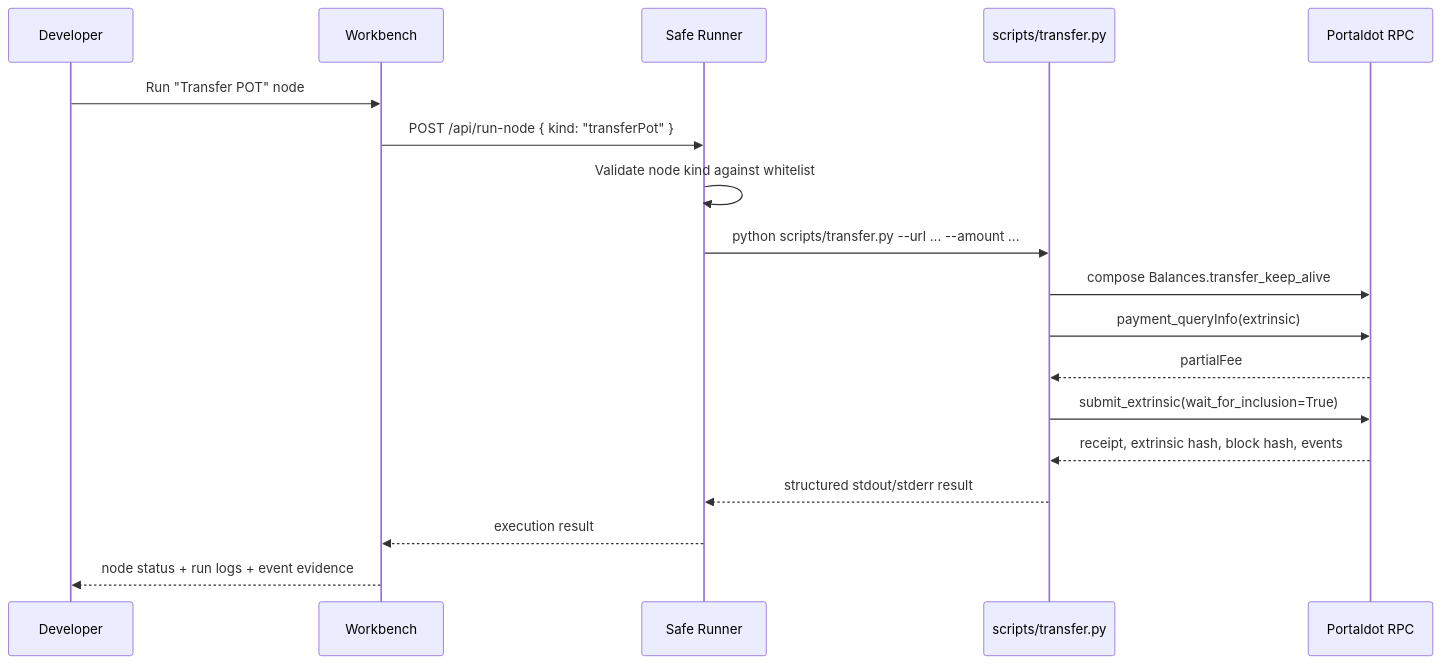
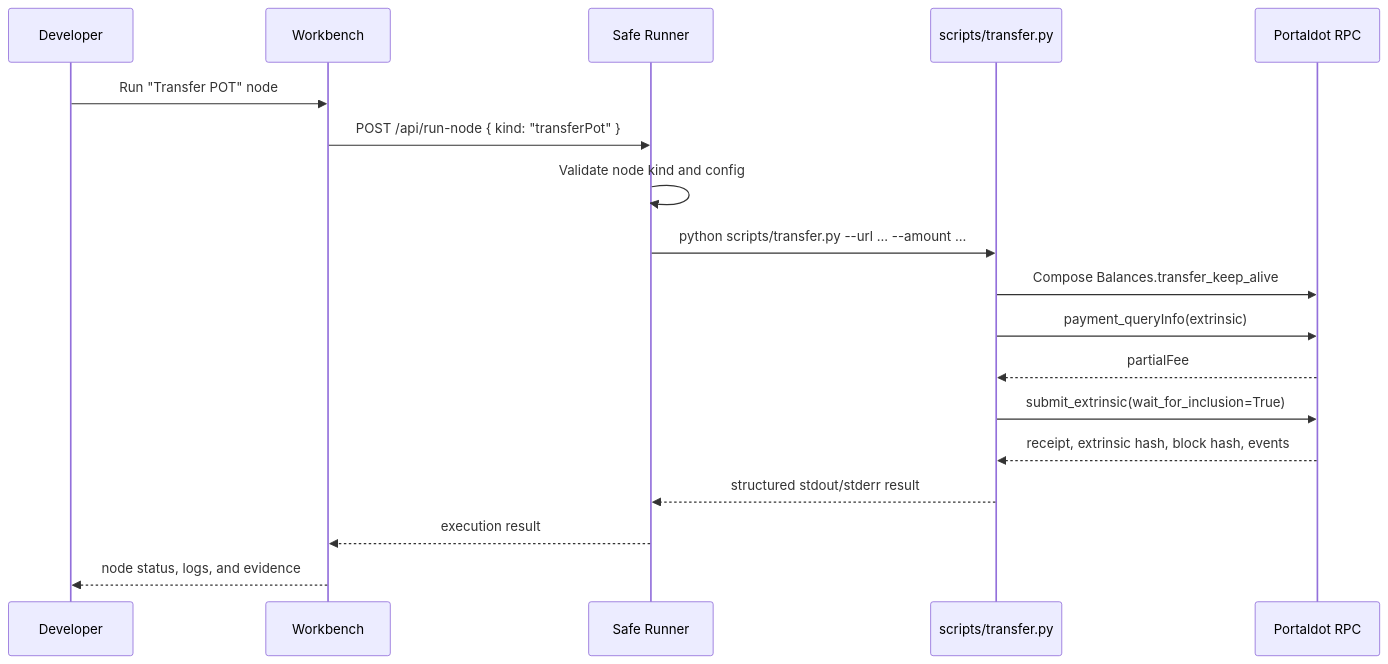
One commit to DanhCaTuanNgoc/portaldot-hackathon-2026-PortalModeler-Tuanngoc changed the second of 3 diagrams in README.md. Above: the diagram before and after it, drawn with Mermaid. The commit also changed other lines of this file and 18 other files, not shown here.

````diff
--- a/README.md
+++ b/README.md
@@ -77,21 +126,21 @@
 ```mermaid
 sequenceDiagram
   participant D as Developer
   participant W as Workbench
   participant R as Safe Runner
   participant S as scripts/transfer.py
   participant P as Portaldot RPC
 
   D->>W: Run "Transfer POT" node
   W->>R: POST /api/run-node { kind: "transferPot" }
-  R->>R: Validate node kind against whitelist
+  R->>R: Validate node kind and config
   R->>S: python scripts/transfer.py --url ... --amount ...
-  S->>P: compose Balances.transfer_keep_alive
+  S->>P: Compose Balances.transfer_keep_alive
   S->>P: payment_queryInfo(extrinsic)
   P-->>S: partialFee
   S->>P: submit_extrinsic(wait_for_inclusion=True)
   P-->>S: receipt, extrinsic hash, block hash, events
   S-->>R: structured stdout/stderr result
   R-->>W: execution result
-  W-->>D: node status + run logs + event evidence
+  W-->>D: node status, logs, and evidence
 ```
````
